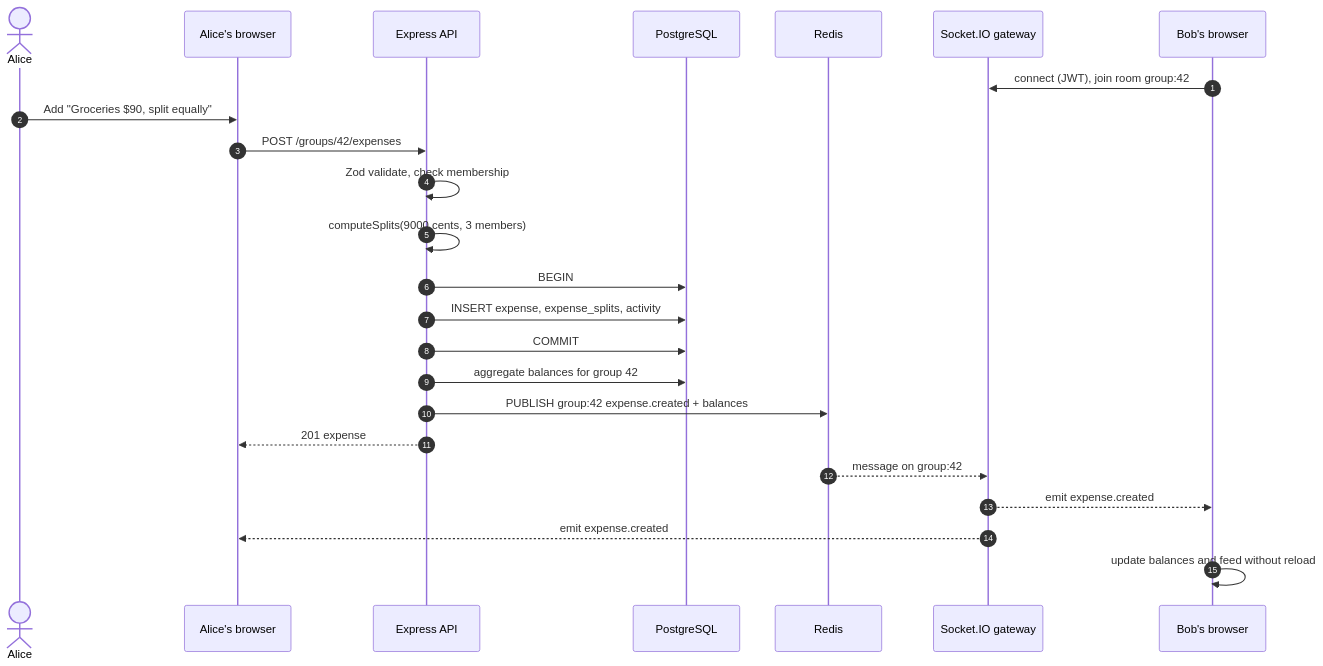
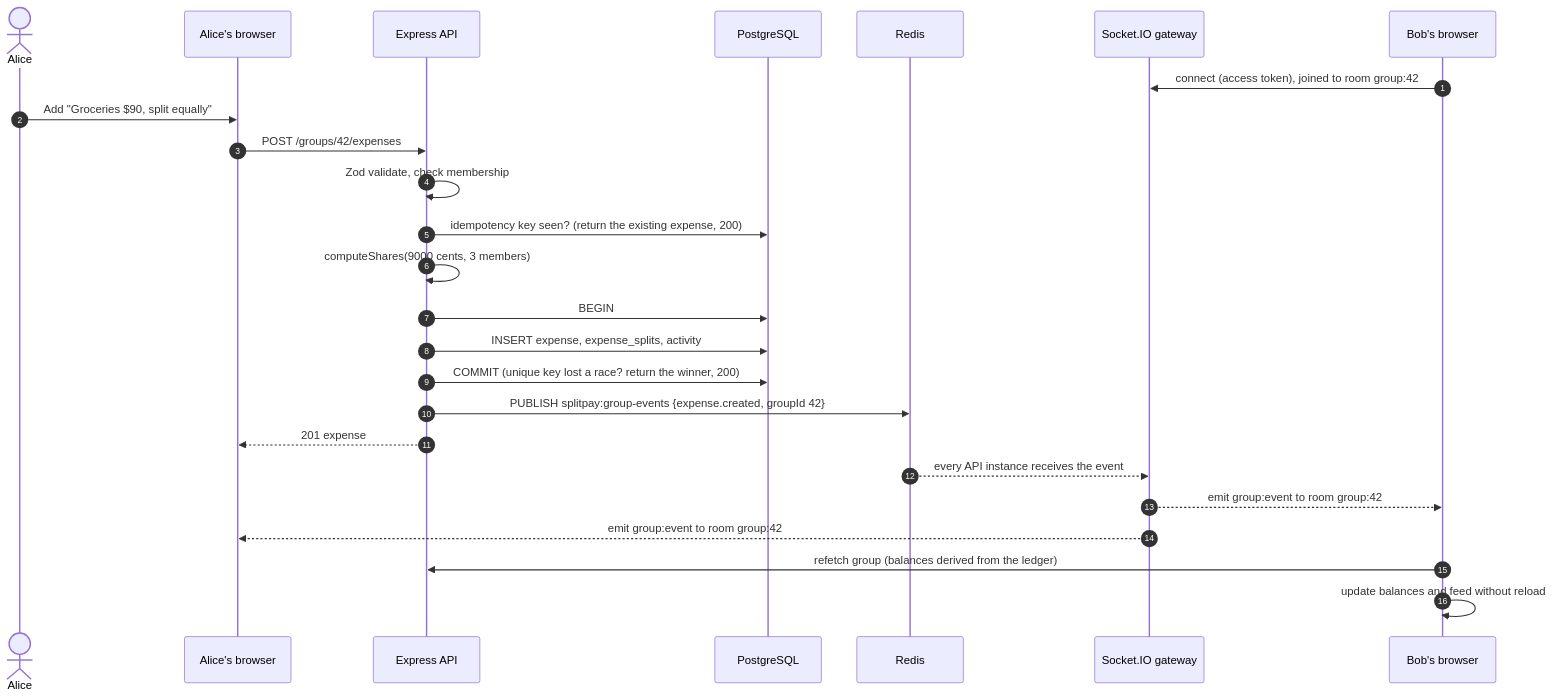
One commit to ABHI-742/splitpay changed the diagram in docs/diagrams/sequence-add-expense.md. Above: the diagram before and after it, drawn with Mermaid. The commit also changed 10 other files, not shown here.

First line of the commit message:
Handle concurrent duplicate expenses and bring architecture docs up to date

````diff
--- a/docs/diagrams/sequence-add-expense.md
+++ b/docs/diagrams/sequence-add-expense.md
@@ -3,27 +3,28 @@
 ```mermaid
 sequenceDiagram
     autonumber
     actor A as Alice
     participant WA as Alice's browser
     participant API as Express API
     participant DB as PostgreSQL
     participant R as Redis
     participant GW as Socket.IO gateway
     participant WB as Bob's browser
 
-    WB->>GW: connect (JWT), join room group:42
+    WB->>GW: connect (access token), joined to room group:42
     A->>WA: Add "Groceries $90, split equally"
     WA->>API: POST /groups/42/expenses
     API->>API: Zod validate, check membership
-    API->>API: computeSplits(9000 cents, 3 members)
+    API->>DB: idempotency key seen? (return the existing expense, 200)
+    API->>API: computeShares(9000 cents, 3 members)
     API->>DB: BEGIN
     API->>DB: INSERT expense, expense_splits, activity
-    API->>DB: COMMIT
-    API->>DB: aggregate balances for group 42
-    API->>R: PUBLISH group:42 expense.created + balances
+    API->>DB: COMMIT (unique key lost a race? return the winner, 200)
+    API->>R: PUBLISH splitpay:group-events {expense.created, groupId 42}
     API-->>WA: 201 expense
-    R-->>GW: message on group:42
-    GW-->>WB: emit expense.created
-    GW-->>WA: emit expense.created
+    R-->>GW: every API instance receives the event
+    GW-->>WB: emit group:event to room group:42
+    GW-->>WA: emit group:event to room group:42
+    WB->>API: refetch group (balances derived from the ledger)
     WB->>WB: update balances and feed without reload
 ```
````
